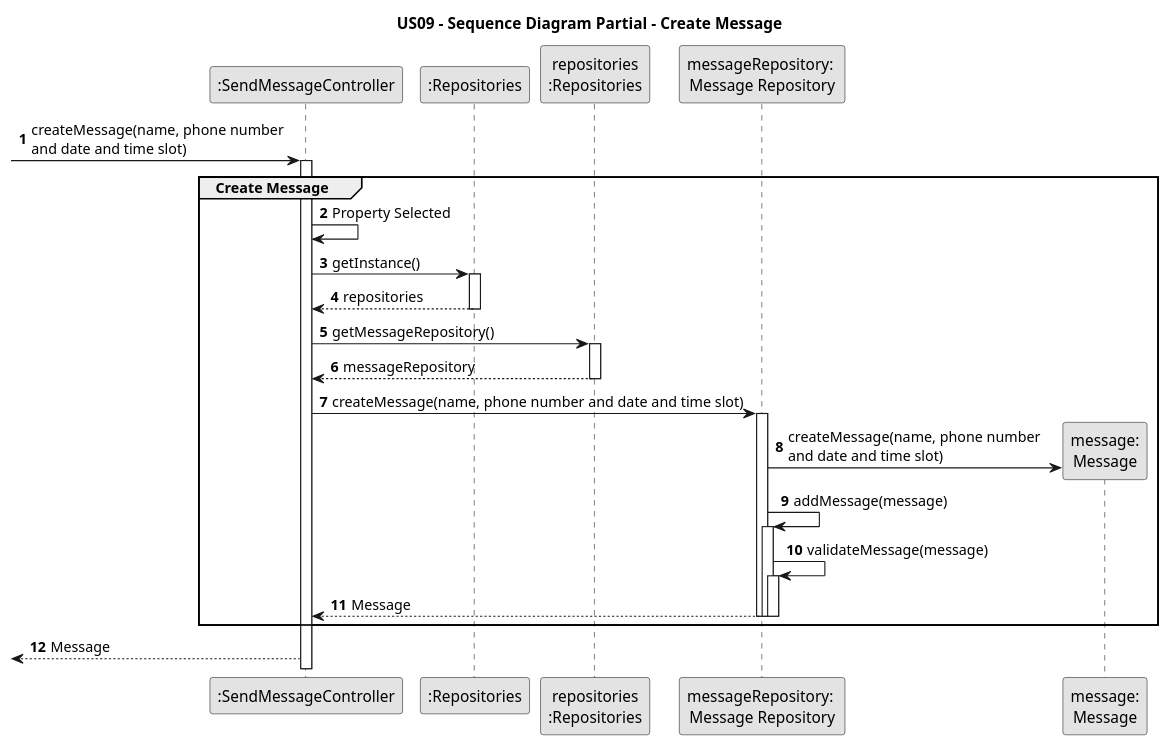
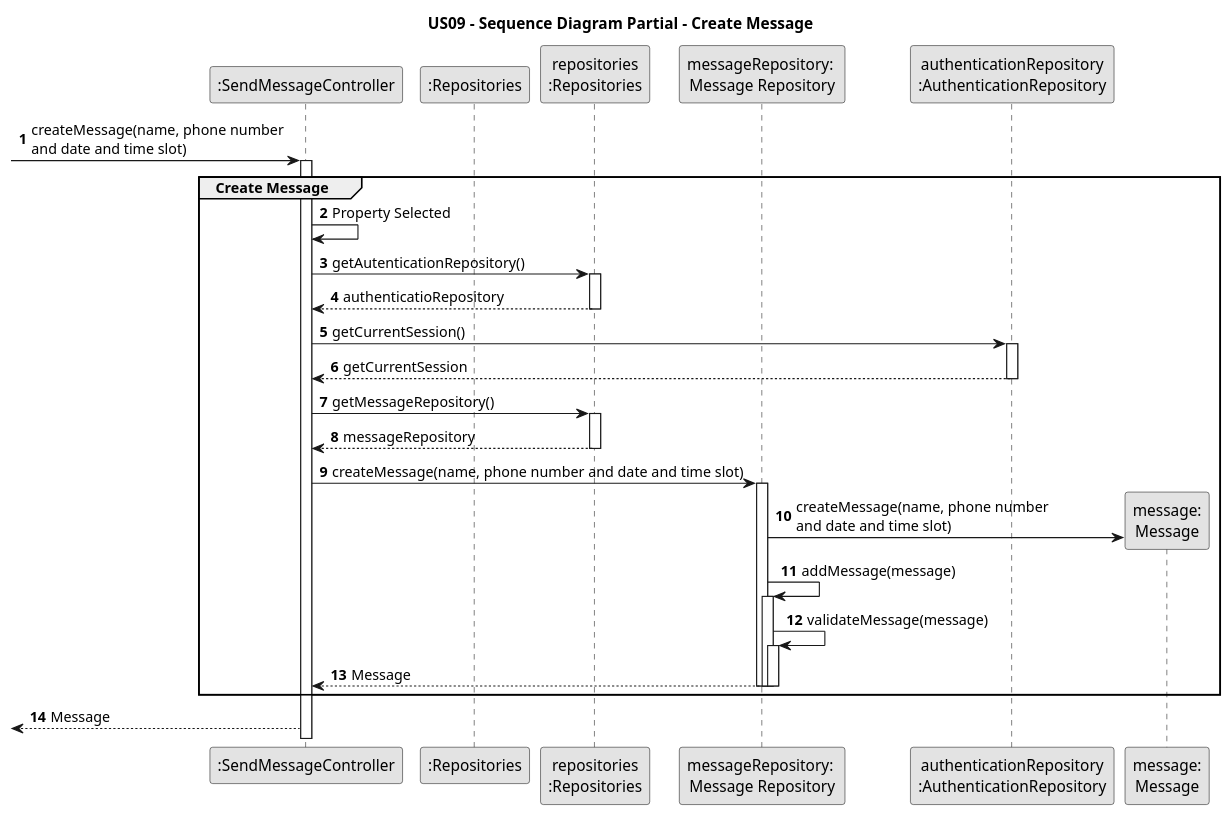
The diagram in docs/sprintC/US09/03.design/puml/us09-sequence-diagram-partial-create-message.puml (PureNimble/ISEP-LAPR2), drawn with PlantUML before and after one commit.

Commit message:
US09 - partial sd update

```diff
--- a/docs/sprintC/US09/03.design/puml/us09-sequence-diagram-partial-create-message.puml
+++ b/docs/sprintC/US09/03.design/puml/us09-sequence-diagram-partial-create-message.puml
@@ -1,61 +1,69 @@
 @startuml
 'https://plantuml.com/sequence-diagram
 
 skinparam monochrome true
 skinparam packageStyle rectangle
 skinparam shadowing false
 
 title US09 - Sequence Diagram Partial - Create Message
 
 autonumber
 
 'hide footbox
 
 participant ":SendMessageController" as CTRL
 participant ":Repositories" as Repository
 participant "repositories\n:Repositories" as Repository2
 participant "messageRepository: \nMessage Repository" as messageRepository
+participant "authenticationRepository\n:AuthenticationRepository" as AuthenticationRepository
 participant "message:\nMessage" as message
 
 autonumber
 
 -> CTRL: createMessage(name, phone number \nand date and time slot)
         activate CTRL
 
         group Create Message
 
     CTRL ->CTRL: Property Selected
 
-        CTRL -> Repository : getInstance()
-            activate Repository
-
-        Repository --> CTRL : repositories
-            deactivate Repository
-
-        CTRL -> Repository2 : getMessageRepository()
+            CTRL -> Repository2 : getAutenticationRepository()
             activate Repository2
 
-        Repository2 --> CTRL : messageRepository
+            Repository2 --> CTRL : authenticatioRepository
             deactivate Repository2
 
-            CTRL -> messageRepository : createMessage(name, phone number and date and time slot)
-                activate messageRepository
+            CTRL -> AuthenticationRepository : getCurrentSession()
+            activate AuthenticationRepository
 
-                messageRepository -> message** : createMessage(name, phone number \nand date and time slot)
+            AuthenticationRepository --> CTRL : getCurrentSession
+            deactivate AuthenticationRepository
 
-                messageRepository -> messageRepository : addMessage(message)
-                activate messageRepository
+                CTRL -> Repository2 : getMessageRepository()
+                    activate Repository2
 
-                messageRepository -> messageRepository : validateMessage(message)
-                activate messageRepository
+                Repository2 --> CTRL : messageRepository
+                    deactivate Repository2
 
-                messageRepository --> CTRL : Message
-                deactivate messageRepository
-                deactivate messageRepository
-                deactivate messageRepository
+                    CTRL -> messageRepository : createMessage(name, phone number and date and time slot)
+                        activate messageRepository
+
+                        messageRepository -> message** : createMessage(name, phone number \nand date and time slot)
+
+                        messageRepository -> messageRepository : addMessage(message)
+                        activate messageRepository
+
+                        messageRepository -> messageRepository : validateMessage(message)
+                        activate messageRepository
+
+                        messageRepository --> CTRL : Message
+                        deactivate messageRepository
+                        deactivate messageRepository
+                        deactivate messageRepository
+
 
                 end
 
 
            <-- CTRL : Message
 @enduml
```
